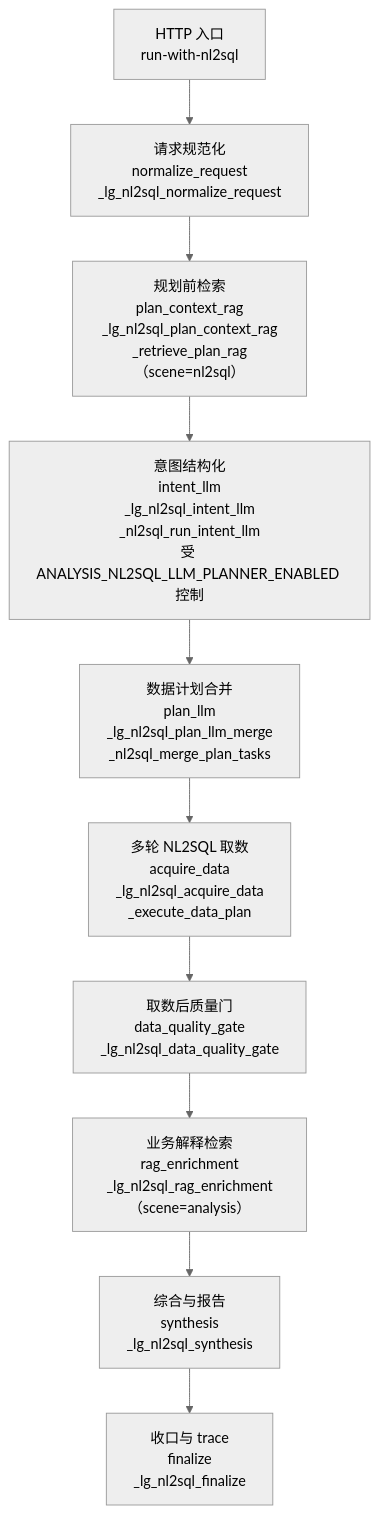
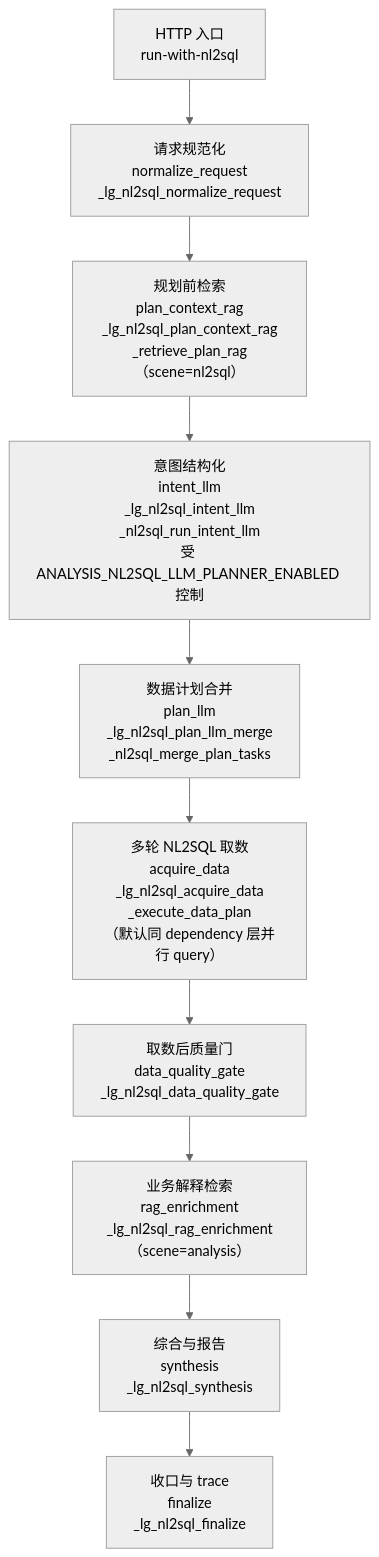
Before and after one commit to gaocf888/models_app_framework: the third of 8 diagrams in enterprise-level_transformation_docs/企业级综合分析实现和使用说明.md, drawn with Mermaid (neutral theme). The commit also changed other lines of this file and 15 other files, not shown here.

Commit message:
优化 综合分析-超温分析/看图诊断

````diff
--- a/enterprise-level_transformation_docs/企业级综合分析实现和使用说明.md
+++ b/enterprise-level_transformation_docs/企业级综合分析实现和使用说明.md
@@ -125,12 +124,12 @@
 ```mermaid
 flowchart TB
   A["HTTP 入口\nrun-with-nl2sql"] --> N["请求规范化\nnormalize_request\n_lg_nl2sql_normalize_request"]
   N --> PR["规划前检索\nplan_context_rag\n_lg_nl2sql_plan_context_rag\n_retrieve_plan_rag（scene=nl2sql）"]
   PR --> I["意图结构化\nintent_llm\n_lg_nl2sql_intent_llm\n_nl2sql_run_intent_llm\n受 ANALYSIS_NL2SQL_LLM_PLANNER_ENABLED 控制"]
   I --> P["数据计划合并\nplan_llm\n_lg_nl2sql_plan_llm_merge\n_nl2sql_merge_plan_tasks"]
-  P --> AC["多轮 NL2SQL 取数\nacquire_data\n_lg_nl2sql_acquire_data\n_execute_data_plan"]
+  P --> AC["多轮 NL2SQL 取数\nacquire_data\n_lg_nl2sql_acquire_data\n_execute_data_plan\n（默认同 dependency 层并行 query）"]
   AC --> Q["取数后质量门\ndata_quality_gate\n_lg_nl2sql_data_quality_gate"]
   Q --> R2["业务解释检索\nrag_enrichment\n_lg_nl2sql_rag_enrichment（scene=analysis）"]
   R2 --> S["综合与报告\nsynthesis\n_lg_nl2sql_synthesis"]
   S --> F["收口与 trace\nfinalize\n_lg_nl2sql_finalize"]
 ```
````
